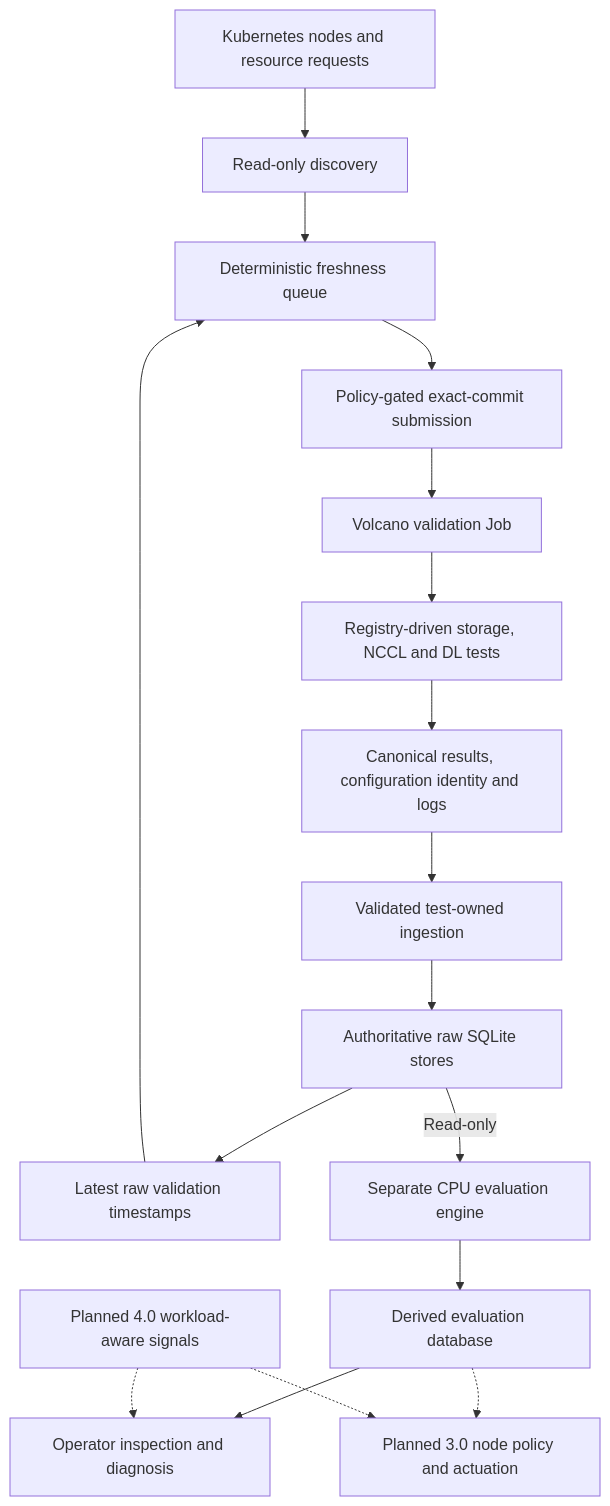
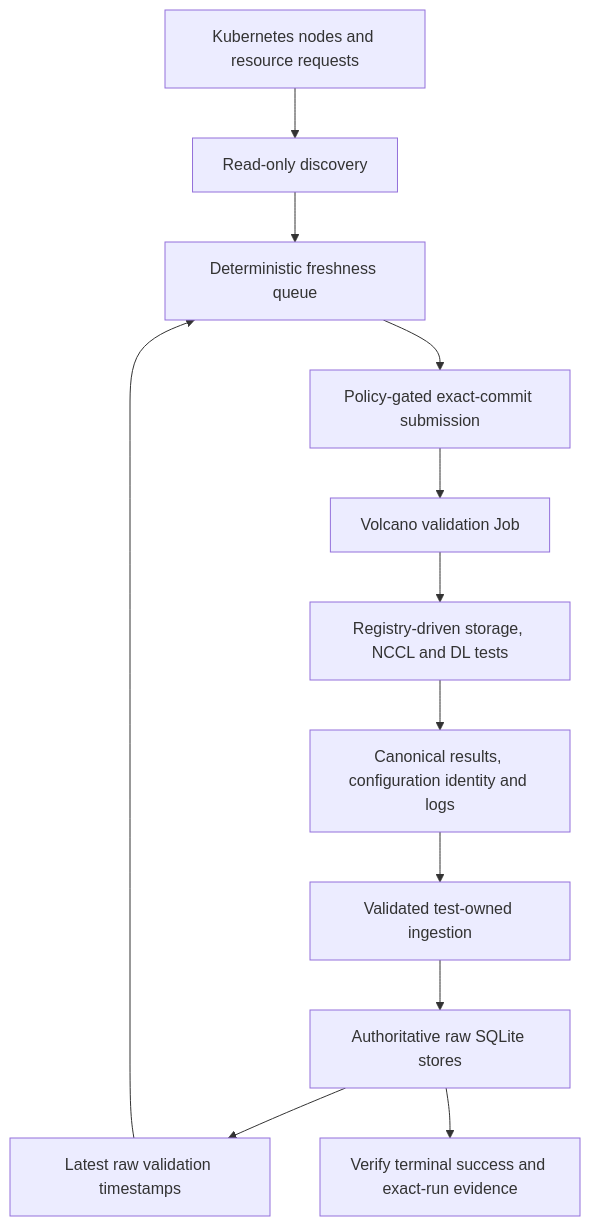
One commit to IamNirmata/c-val changed the diagram in docs/cval-technical-overview.md. Above: the diagram before and after it, drawn with Mermaid. The commit also changed other lines of this file and 47 other files, not shown here.

Commit message:
Remove downstream evaluation and retain raw validation scope

````diff
--- a/docs/cval-technical-overview.md
+++ b/docs/cval-technical-overview.md
@@ -57,19 +32,14 @@
 ```mermaid
 flowchart TD
     Inventory["Kubernetes nodes and resource requests"] --> Discovery["Read-only discovery"]
     History["Latest raw validation timestamps"] --> Queue["Deterministic freshness queue"]
     Discovery --> Queue
     Queue --> Submit["Policy-gated exact-commit submission"]
     Submit --> Job["Volcano validation Job"]
     Job --> Runner["Registry-driven storage, NCCL and DL tests"]
     Runner --> Artifacts["Canonical results, configuration identity and logs"]
     Artifacts --> Ingest["Validated test-owned ingestion"]
     Ingest --> Raw["Authoritative raw SQLite stores"]
     Raw --> History
-    Raw -->|Read-only| Evaluator["Separate CPU evaluation engine"]
-    Evaluator --> Derived["Derived evaluation database"]
-    Derived --> Review["Operator inspection and diagnosis"]
-    Derived -.-> Policy["Planned 3.0 node policy and actuation"]
-    Online["Planned 4.0 workload-aware signals"] -.-> Review
-    Online -.-> Policy
+    Raw --> Verify["Verify terminal success and exact-run evidence"]
 ```
````
